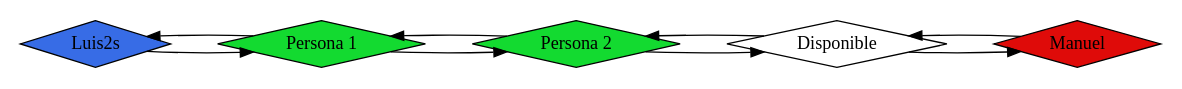
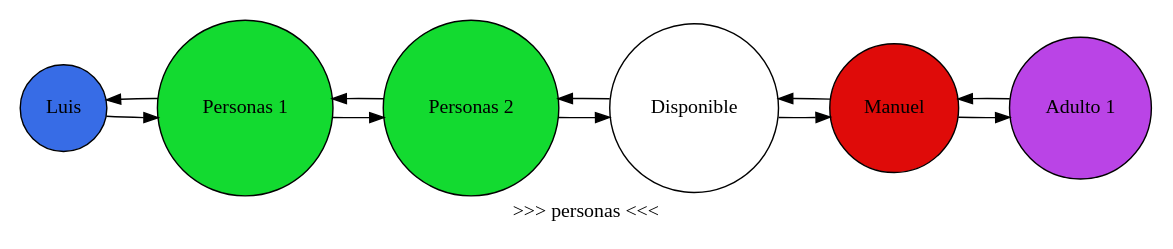
Before and after one commit to bram814/-LFP-Proyecto2_201800937: the diagram in Imagen_Reporte.gv, drawn with Graphviz. The commit also changed 18 other files, not shown here.

```diff
--- a/Imagen_Reporte.gv
+++ b/Imagen_Reporte.gv
@@ -1,17 +1,21 @@
 digraph Imagen_Reporte {
 	rankdir=LR size="8,5"
-	node [shape=diamond]
-	Luis2s [fillcolor="#376ce6" style=filled]
-	"Persona 1" [fillcolor="#13da30" style=filled]
-	"Persona 2" [fillcolor="#13da30" style=filled]
+	node [shape=circle]
+	Luis [fillcolor="#376ce6" style=filled]
+	"Personas 1" [fillcolor="#13da30" style=filled]
+	"Personas 2" [fillcolor="#13da30" style=filled]
 	Disponible [fillcolor="#ffffff" style=filled]
 	Manuel [fillcolor="#df0b09" style=filled]
-	Luis2s -> "Persona 1" [label=""]
-	"Persona 1" -> Luis2s [label=""]
-	"Persona 1" -> "Persona 2" [label=""]
-	"Persona 2" -> "Persona 1" [label=""]
-	"Persona 2" -> Disponible [label=""]
-	Disponible -> "Persona 2" [label=""]
+	"Adulto 1" [fillcolor="#ba44e6" style=filled]
+	Luis -> "Personas 1" [label=""]
+	"Personas 1" -> Luis [label=""]
+	"Personas 1" -> "Personas 2" [label=""]
+	"Personas 2" -> "Personas 1" [label=""]
+	"Personas 2" -> Disponible [label=""]
+	Disponible -> "Personas 2" [label=""]
 	Disponible -> Manuel [label=""]
 	Manuel -> Disponible [label=""]
+	Manuel -> "Adulto 1" [label=""]
+	"Adulto 1" -> Manuel [label=""]
+	label=">>> personas <<<"
 }
```
